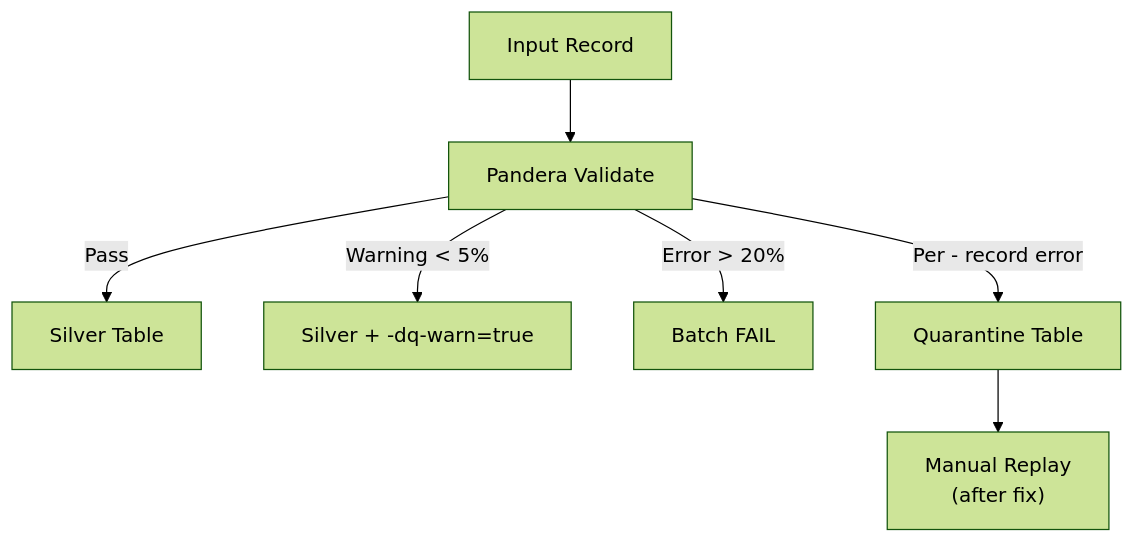
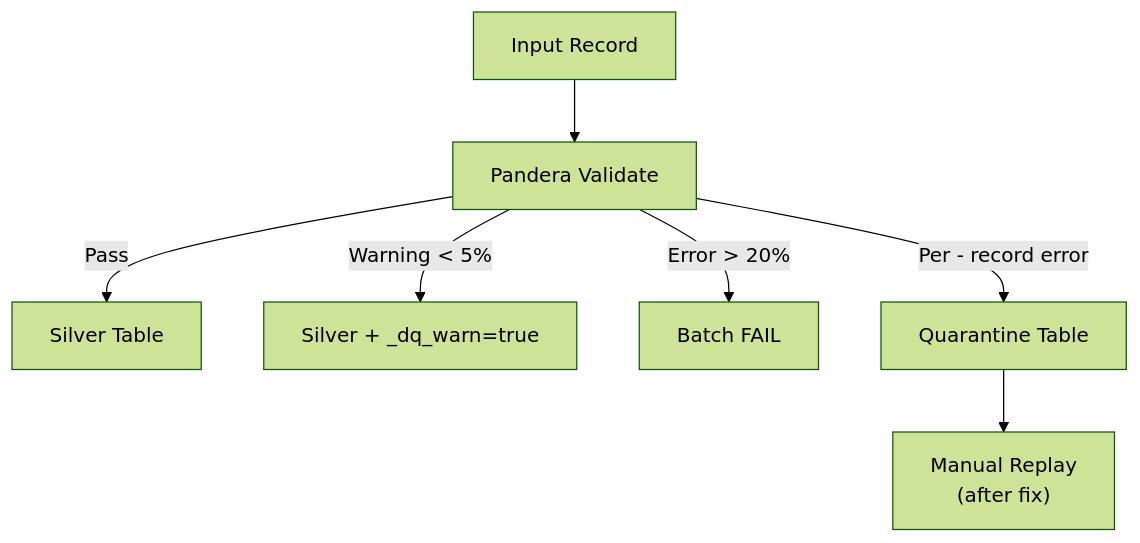
Before and after one commit to SatoryKono/BioactivityDataAcquisition: the diagram in docs/02-architecture/data-flow.md, drawn with Mermaid (forest theme). The commit also changed other lines of this file and 18 other files, not shown here.

````diff
--- a/docs/02-architecture/data-flow.md
+++ b/docs/02-architecture/data-flow.md
@@ -99,9 +99,9 @@
 ```mermaid
 flowchart TD
   INPUT["Input Record"] --> VALIDATE["Pandera Validate"]
   VALIDATE -->|Pass| SILVER["Silver Table"]
-  VALIDATE -->|Warning < 5%| SILVER-WARN["Silver + -dq-warn=true"]
+  VALIDATE -->|Warning < 5%| SILVER-WARN["Silver + _dq_warn=true"]
   VALIDATE -->|Error > 20%| FAIL["Batch FAIL"]
   VALIDATE -->|Per - record error| QUARANTINE["Quarantine Table"]
   QUARANTINE --> REPLAY["Manual Replay<br/>(after fix)"]
 ```
````
